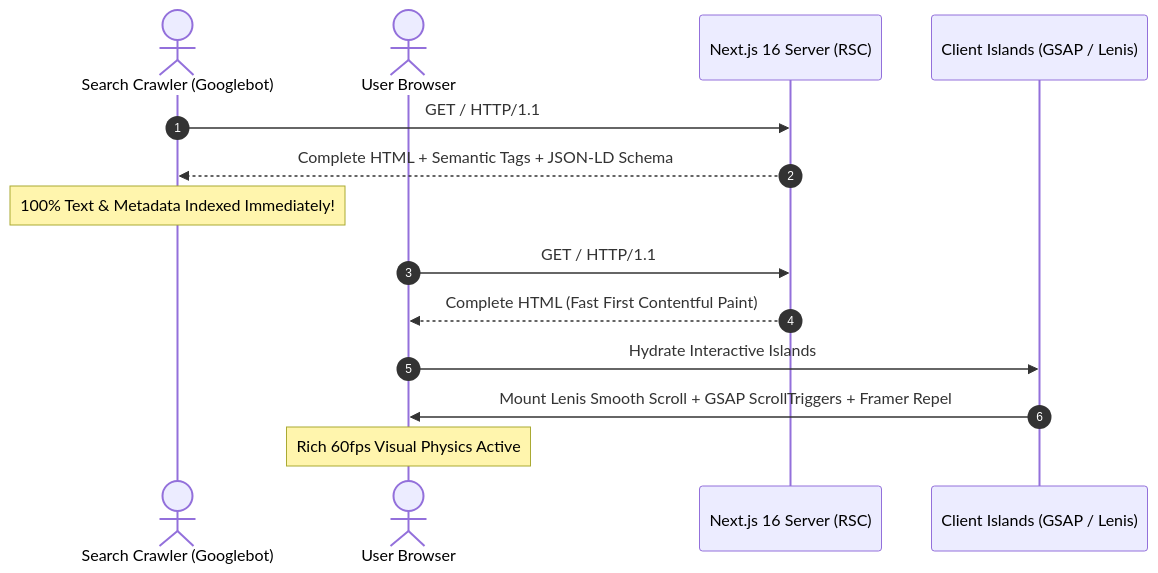
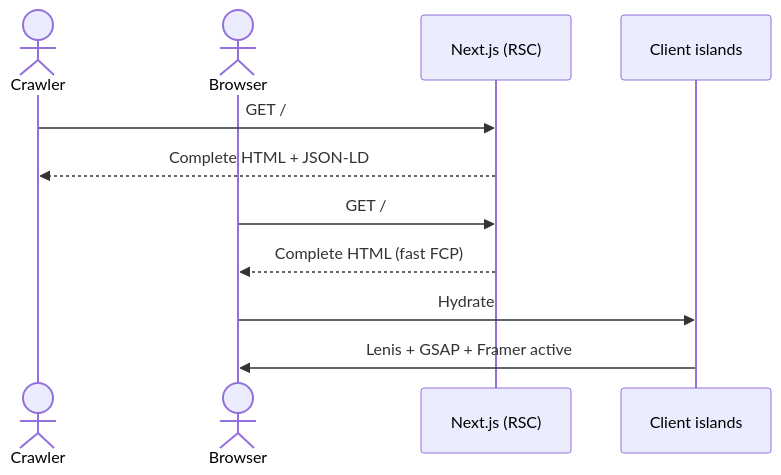
Before and after one commit to khanubed/ubedkhan: the second of 2 diagrams in docs/ARCHITECTURE.md, drawn with Mermaid. The commit also changed other lines of this file and 15 other files, not shown here.

````diff
--- a/docs/ARCHITECTURE.md
+++ b/docs/ARCHITECTURE.md
@@ -60,18 +45,13 @@
 ```mermaid
 sequenceDiagram
-    autonumber
-    actor Crawler as Search Crawler (Googlebot)
-    actor Browser as User Browser
-    participant Server as Next.js 16 Server (RSC)
-    participant Client as Client Islands (GSAP / Lenis)
-
-    Crawler->>Server: GET / HTTP/1.1
-    Server-->>Crawler: Complete HTML + Semantic Tags + JSON-LD Schema
-    Note over Crawler: 100% Text & Metadata Indexed Immediately!
-
-    Browser->>Server: GET / HTTP/1.1
-    Server-->>Browser: Complete HTML (Fast First Contentful Paint)
-    Browser->>Client: Hydrate Interactive Islands
-    Client->>Browser: Mount Lenis Smooth Scroll + GSAP ScrollTriggers + Framer Repel
-    Note over Browser: Rich 60fps Visual Physics Active
+    actor Crawler
+    actor Browser
+    participant Server as Next.js (RSC)
+    participant Island as Client islands
+    Crawler->>Server: GET /
+    Server-->>Crawler: Complete HTML + JSON-LD
+    Browser->>Server: GET /
+    Server-->>Browser: Complete HTML (fast FCP)
+    Browser->>Island: Hydrate
+    Island->>Browser: Lenis + GSAP + Framer active
 ```
````
